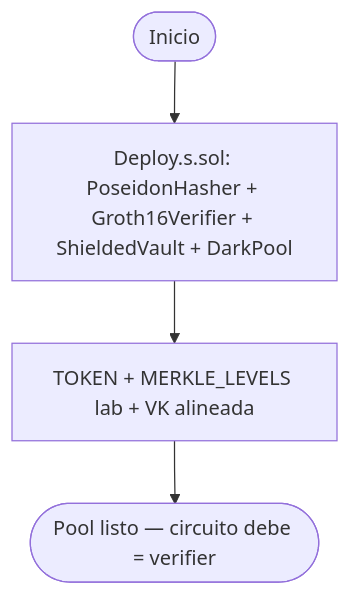
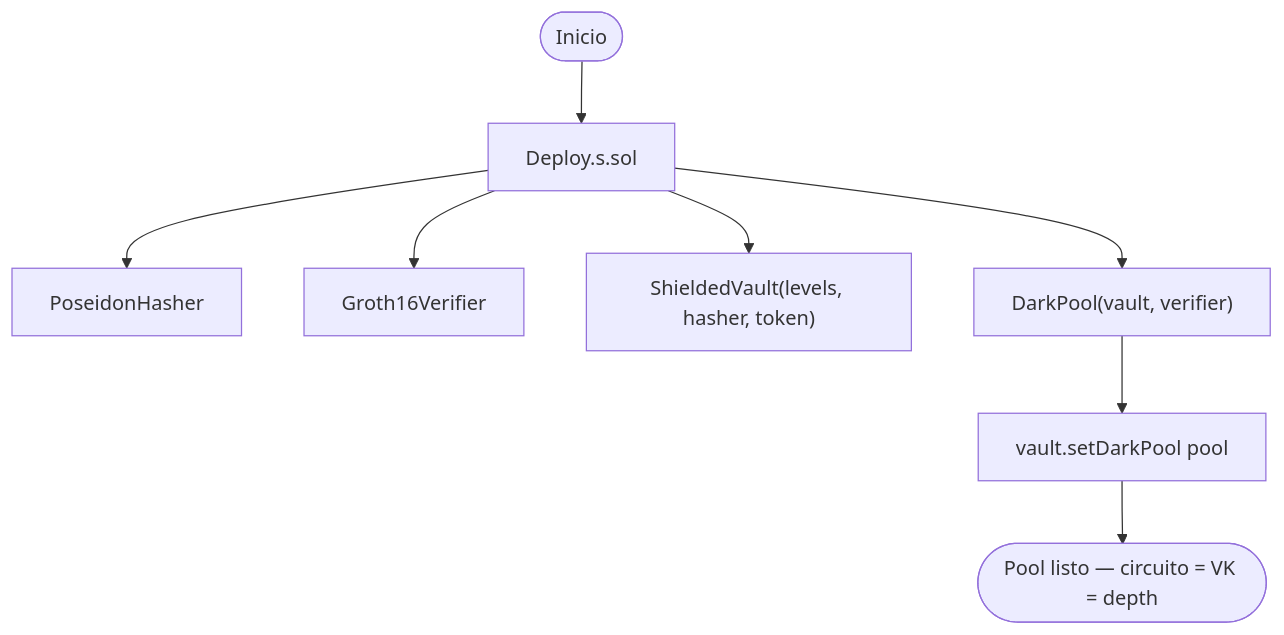
The first of 5 diagrams in doc/flujograma.md (rastrahm/zk-dark-pool), drawn with Mermaid before and after one commit. The commit also changed other lines of this file and 13 other files, not shown here.

````diff
--- a/doc/flujograma.md
+++ b/doc/flujograma.md
@@ -23,6 +23,10 @@
 ```mermaid
 flowchart TD
-    Start([Inicio]) --> Dep[Deploy.s.sol: PoseidonHasher + Groth16Verifier + ShieldedVault + DarkPool]
-    Dep --> Env[TOKEN + MERKLE_LEVELS lab + VK alineada]
-    Env --> Ready([Pool listo — circuito debe = verifier])
+    Start([Inicio]) --> Dep[Deploy.s.sol]
+    Dep --> H[PoseidonHasher]
+    Dep --> V[Groth16Verifier]
+    Dep --> Vault["ShieldedVault(levels, hasher, token)"]
+    Dep --> Pool["DarkPool(vault, verifier)"]
+    Pool --> Link[vault.setDarkPool pool]
+    Link --> Ready([Pool listo — circuito = VK = depth])
 ```
````
